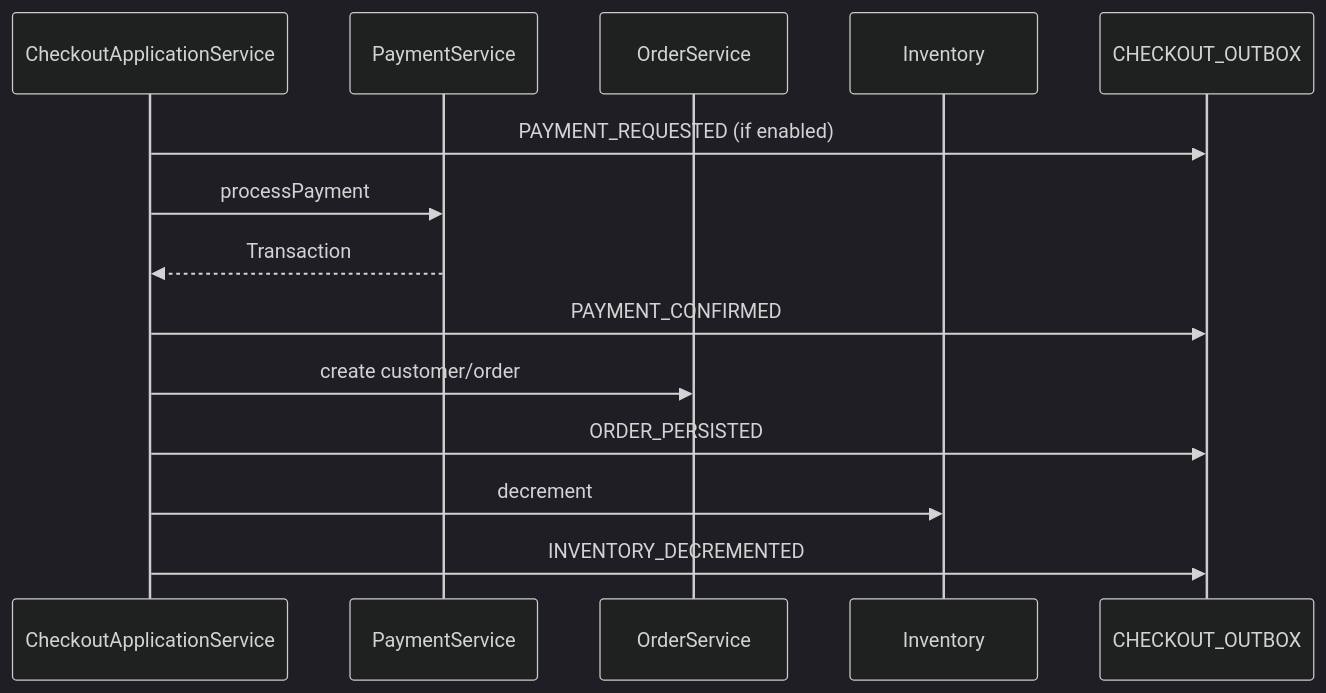
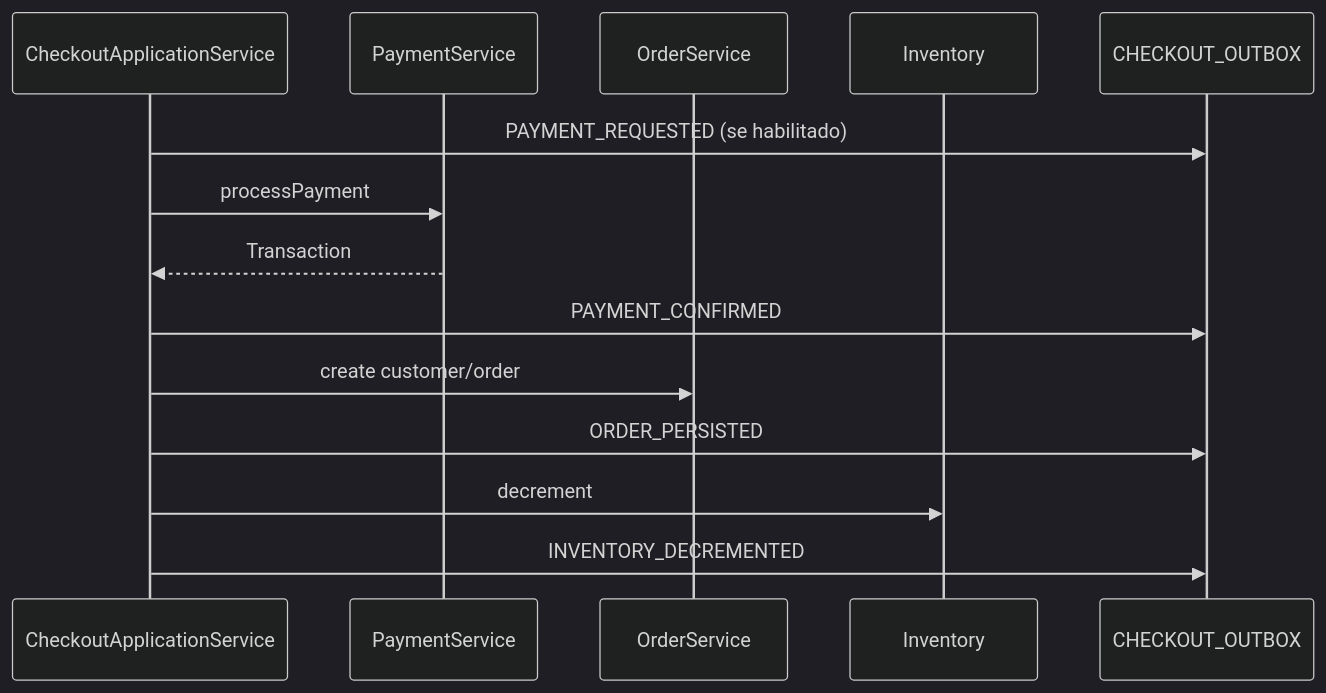
Before and after one commit to vicentepf78/shopizer-refactoring: the second of 2 diagrams in .specs/features/onda-3-contracts-dto/design.md, drawn with Mermaid (dark theme). The commit also changed other lines of this file and 154 other files, not shown here.

````diff
--- a/.specs/features/onda-3-contracts-dto/design.md
+++ b/.specs/features/onda-3-contracts-dto/design.md
@@ -185,17 +185,17 @@
 ```mermaid
 sequenceDiagram
     participant CAS as CheckoutApplicationService
     participant PAY as PaymentService
     participant ORD as OrderService
     participant INV as Inventory
     participant OB as CHECKOUT_OUTBOX
 
-    CAS->>OB: PAYMENT_REQUESTED (if enabled)
+    CAS->>OB: PAYMENT_REQUESTED (se habilitado)
     CAS->>PAY: processPayment
     PAY-->>CAS: Transaction
     CAS->>OB: PAYMENT_CONFIRMED
     CAS->>ORD: create customer/order
     CAS->>OB: ORDER_PERSISTED
     CAS->>INV: decrement
     CAS->>OB: INVENTORY_DECREMENTED
 ```
````
